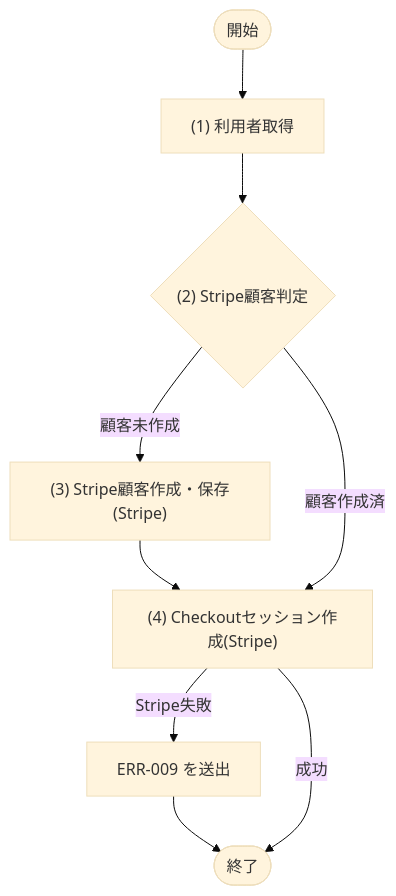
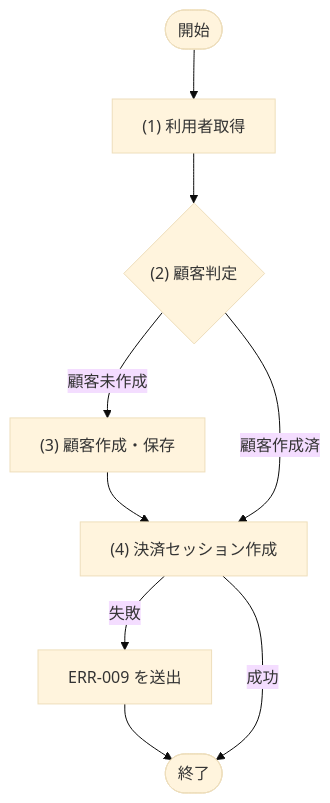
Before and after one commit to sikakou54/system-document-template: the second of 5 diagrams in docs/02_機能設計/05_モジュール設計/MOD-007_課金サービス.md, drawn with Mermaid (base theme). The commit also changed other lines of this file and 13 other files, not shown here.

Commit message:
docs: keep flowchart labels concise

````diff
--- a/docs/02_機能設計/05_モジュール設計/MOD-007_課金サービス.md
+++ b/docs/02_機能設計/05_モジュール設計/MOD-007_課金サービス.md
@@ -130,16 +130,16 @@
 ```mermaid
 flowchart TD
   Start([開始])
   P1["(1) 利用者取得"]
-  D1{"(2) Stripe顧客判定"}
-  P2["(3) Stripe顧客作成・保存(Stripe)"]
-  P3["(4) Checkoutセッション作成(Stripe)"]
+  D1{"(2) 顧客判定"}
+  P2["(3) 顧客作成・保存"]
+  P3["(4) 決済セッション作成"]
   E1["ERR-009 を送出"]
   End([終了])
 
   Start --> P1 --> D1
   D1 -- "顧客未作成" --> P2 --> P3
   D1 -- "顧客作成済" --> P3
-  P3 -- "Stripe失敗" --> E1 --> End
+  P3 -- "失敗" --> E1 --> End
   P3 -- "成功" --> End
 ```
````
